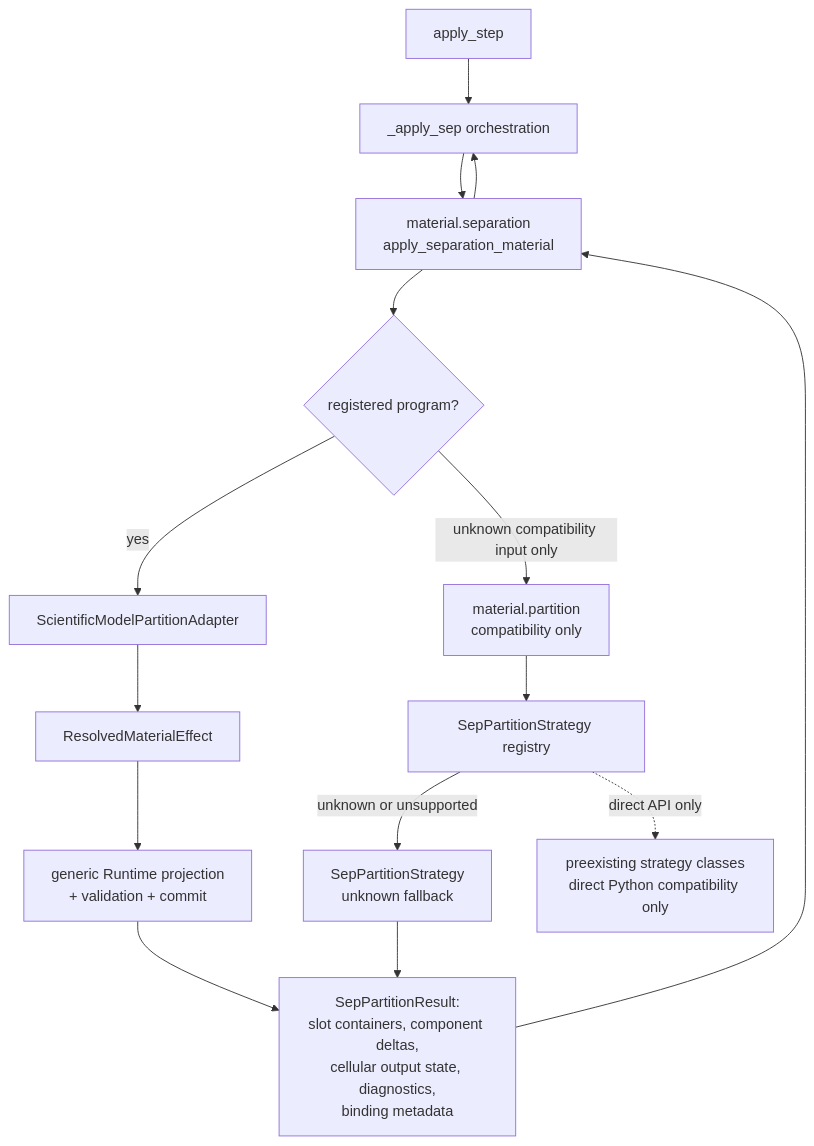
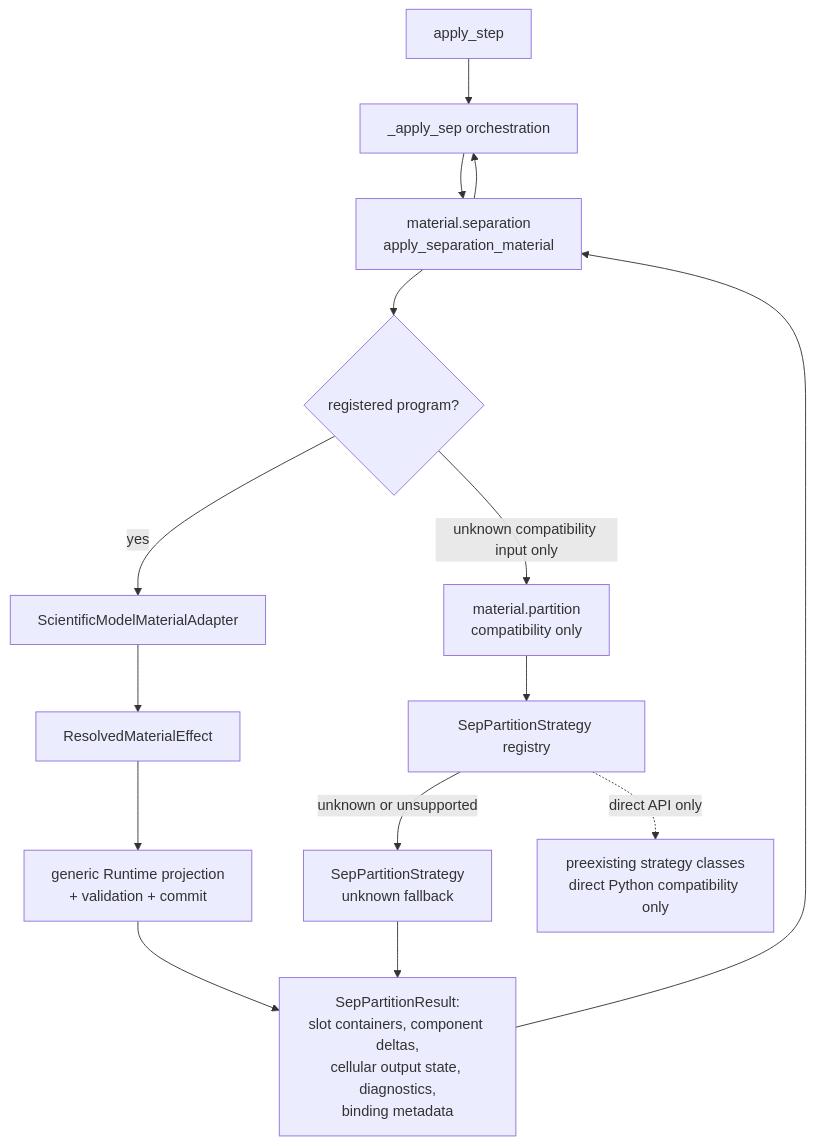
One commit to culsma/culsma changed the eighth of 13 diagrams in docs/architecture/runtime_module_diagrams.md. Above: the diagram before and after it, drawn with Mermaid. The commit also changed 27 other files, not shown here.

````diff
--- a/docs/architecture/runtime_module_diagrams.md
+++ b/docs/architecture/runtime_module_diagrams.md
@@ -582,28 +582,28 @@
 ```mermaid
 flowchart TB
     Apply["apply_step"]
     Sep["_apply_sep orchestration"]
     Separation["material.separation<br/>apply_separation_material"]
     Gate{"registered program?"}
-    Adapter["ScientificModelPartitionAdapter"]
+    Adapter["ScientificModelMaterialAdapter"]
     Effect["ResolvedMaterialEffect"]
     Project["generic Runtime projection<br/>+ validation + commit"]
     Legacy["material.partition<br/>compatibility only"]
     Registry["SepPartitionStrategy registry"]
     Default["SepPartitionStrategy<br/>unknown fallback"]
     Compat["preexisting strategy classes<br/>direct Python compatibility only"]
     Result["SepPartitionResult:<br/>slot containers, component deltas,<br/>cellular output state, diagnostics,<br/>binding metadata"]
 
     Apply --> Sep
     Sep --> Separation
     Separation --> Gate
     Gate -->|yes| Adapter
     Adapter --> Effect --> Project --> Result
     Gate -->|unknown compatibility input only| Legacy
     Legacy --> Registry
     Registry -->|unknown or unsupported| Default
     Registry -. direct API only .-> Compat
     Default --> Result
     Result --> Separation
     Separation --> Sep
 ```
````
